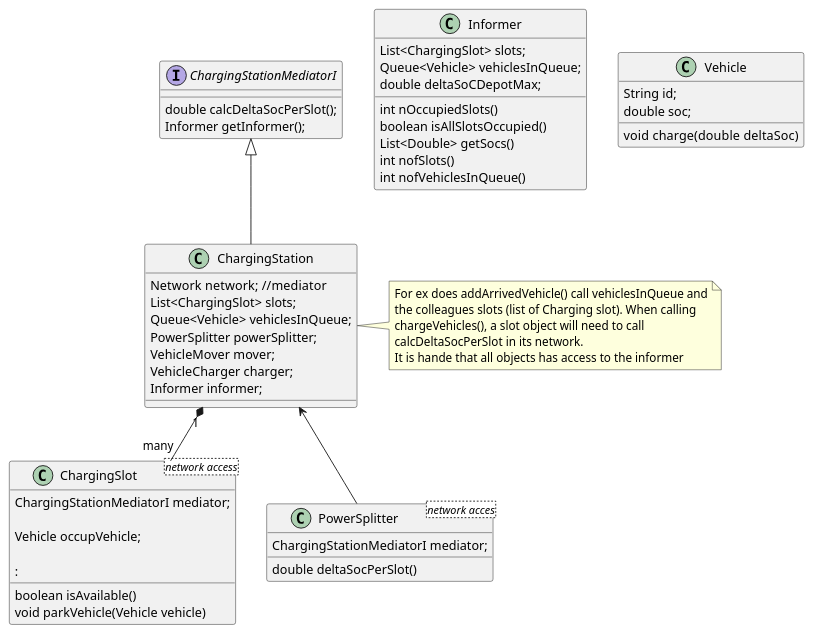
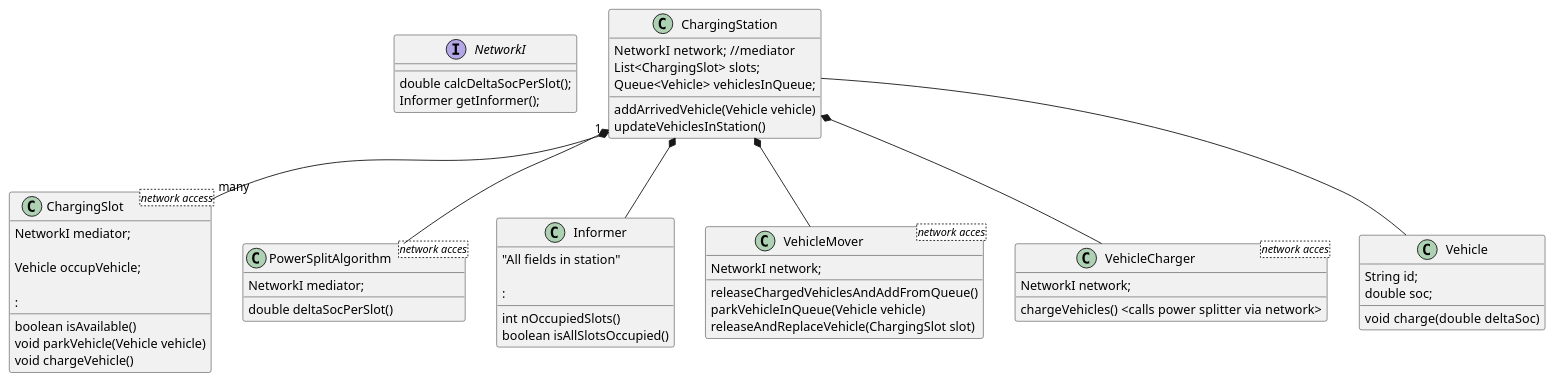
Before and after one commit to JonasHellgren/JavaBasics: the diagram in out/production/java-fundamentals/java_design_patterns/G_mediator/charging_station_network/charge.puml, drawn with PlantUML. The commit also changed 13 other files, not shown here.

Commit message:
slot not mediator

```diff
--- a/out/production/java-fundamentals/java_design_patterns/G_mediator/charging_station_network/charge.puml
+++ b/out/production/java-fundamentals/java_design_patterns/G_mediator/charging_station_network/charge.puml
@@ -1,68 +1,75 @@
 @startuml
 
 
-interface ChargingStationMediatorI {
+interface NetworkI {
     double calcDeltaSocPerSlot();
     Informer getInformer();
 }
 
 class ChargingStation {
-    Network network;  //mediator
-    List<ChargingSlot> slots;
-    Queue<Vehicle> vehiclesInQueue;
-    PowerSplitter powerSplitter;
-    VehicleMover mover;
-    VehicleCharger charger;
-    Informer informer;
+   NetworkI network;  //mediator
+       List<ChargingSlot> slots;
+       Queue<Vehicle> vehiclesInQueue;
+
+     addArrivedVehicle(Vehicle vehicle)
+     updateVehiclesInStation()
 }
 
-note right of ChargingStation
- For ex does addArrivedVehicle() call vehiclesInQueue and
- the colleagues slots (list of Charging slot). When calling
- chargeVehicles(), a slot object will need to call
- calcDeltaSocPerSlot in its network.
- It is hande that all objects has access to the informer
-end note
-
  class ChargingSlot<network access> {
-    ChargingStationMediatorI mediator;
+    NetworkI mediator;
 
     Vehicle occupVehicle;
 
     boolean isAvailable()
     void parkVehicle(Vehicle vehicle)
+    void chargeVehicle()
     :
 }
 
- class PowerSplitter <network acces> {
-    ChargingStationMediatorI mediator;
+ class PowerSplitAlgorithm <network acces> {
+    NetworkI mediator;
 
     double deltaSocPerSlot()
     }
 
 class Informer {
-
-    List<ChargingSlot> slots;
-    Queue<Vehicle> vehiclesInQueue;
-    double deltaSoCDepotMax;
+     "All fields in station"
 
      int nOccupiedSlots()
      boolean isAllSlotsOccupied()
-     List<Double> getSocs()
-     int nofSlots()
-     int nofVehiclesInQueue()
+:
     }
 
+class VehicleMover <network acces> {
+
+    NetworkI network;
+
+    releaseChargedVehiclesAndAddFromQueue()
+    parkVehicleInQueue(Vehicle vehicle)
+    releaseAndReplaceVehicle(ChargingSlot slot)
+
+    }
+
+class VehicleCharger <network acces>{
+    NetworkI network;
+
+    chargeVehicles()  <calls power splitter via network>
+ }
 
 class Vehicle {
       String id;
       double soc;
 
       void  charge(double deltaSoc)
  }
 
-ChargingStationMediatorI <|-- ChargingStation
-ChargingStation <-- PowerSplitter
+ChargingStation *-- PowerSplitAlgorithm
+ChargingStation *-- VehicleMover
+ChargingStation *-- VehicleCharger
+ChargingStation *-- Informer
 ChargingStation "1" *-d- "many" ChargingSlot
+ChargingStation -- Vehicle
+
+'PowerSplitAlgorithm  --- VehicleCharger
 
 @enduml
```
